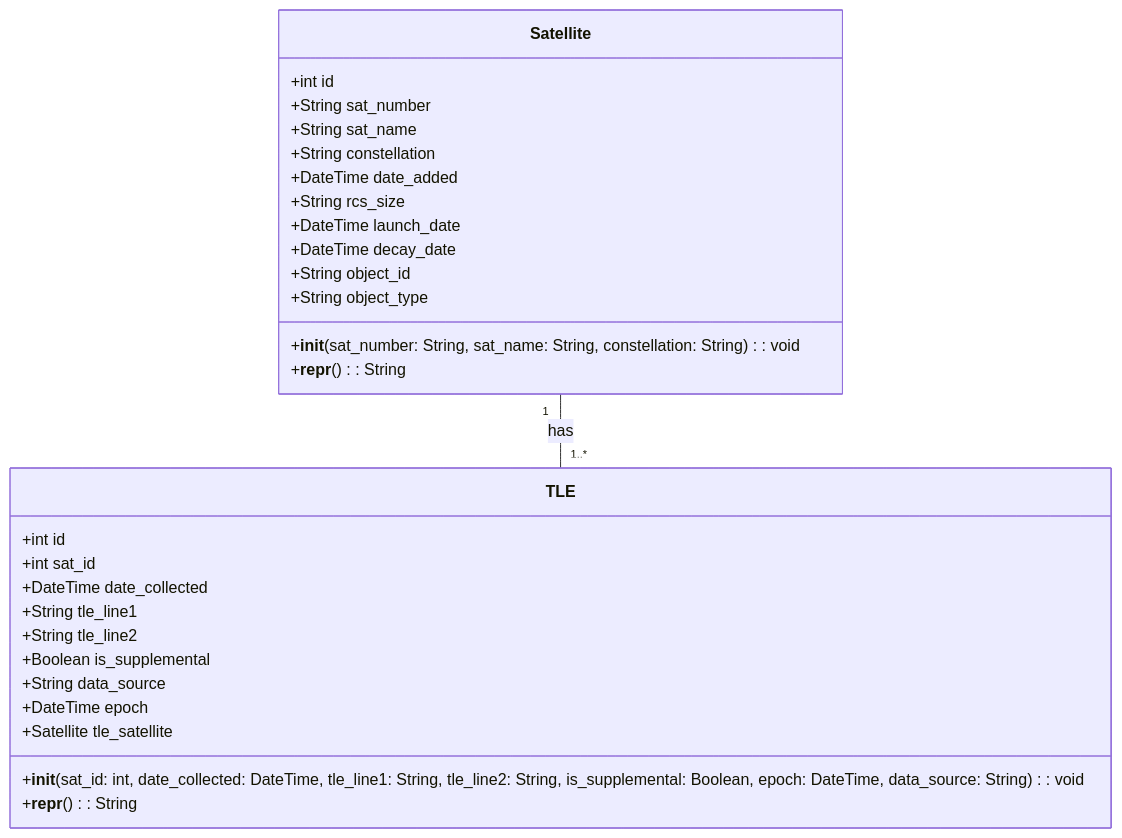
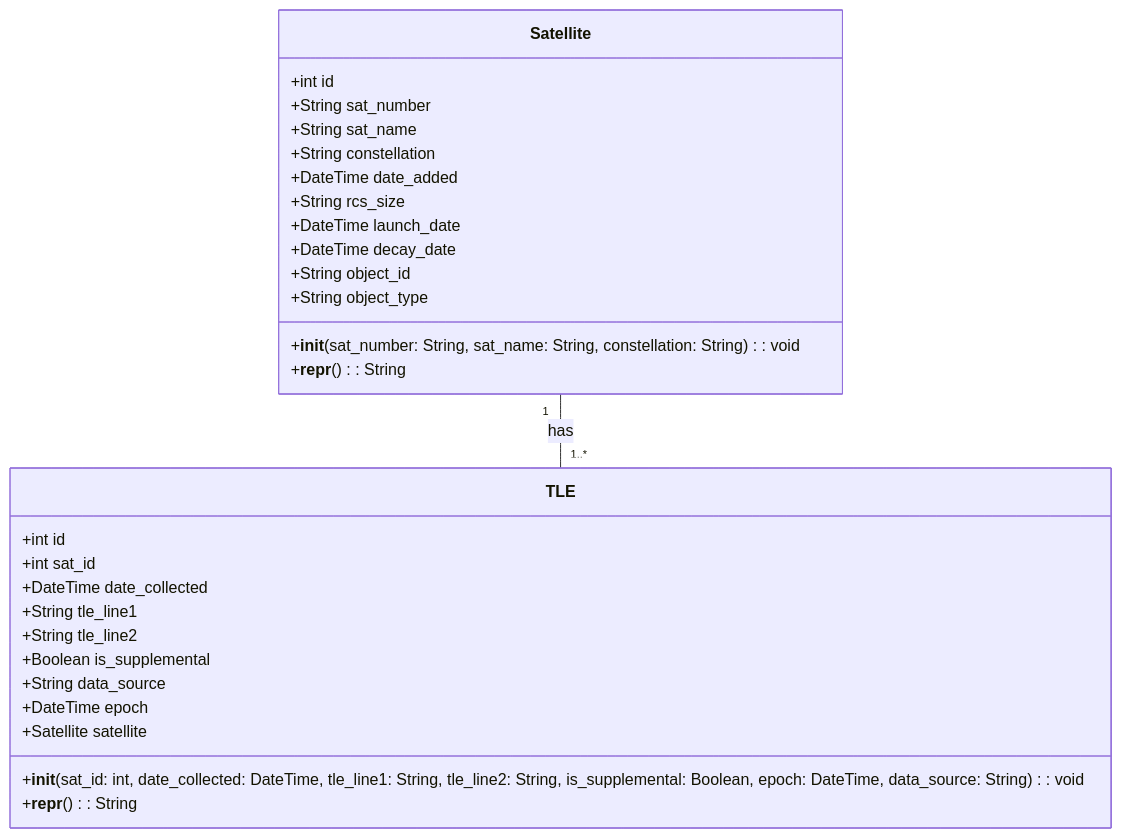
One commit to iausathub/satchecker changed the diagram in setup/class_diagram.md. Above: the diagram before and after it, drawn with Mermaid. The commit also changed 15 other files, not shown here.

Commit message:
Rename tle_satellite to satellite in TLE model; tests for validation service; initial tests for ephemeris routes; add original exception message to ValidationError; namespace changes to get API running

````diff
--- a/setup/class_diagram.md
+++ b/setup/class_diagram.md
@@ -1,31 +1,31 @@
 ```mermaid
 classDiagram
     class Satellite {
         +int id
         +String sat_number
         +String sat_name
         +String constellation
         +DateTime date_added
         +String rcs_size
         +DateTime launch_date
         +DateTime decay_date
         +String object_id
         +String object_type
         +__init__(sat_number: String, sat_name: String, constellation: String): void
         +__repr__(): String
     }
     class TLE {
         +int id
         +int sat_id
         +DateTime date_collected
         +String tle_line1
         +String tle_line2
         +Boolean is_supplemental
         +String data_source
         +DateTime epoch
-        +Satellite tle_satellite
+        +Satellite satellite
         +__init__(sat_id: int, date_collected: DateTime, tle_line1: String, tle_line2: String, is_supplemental: Boolean, epoch: DateTime, data_source: String): void
         +__repr__(): String
     }
     Satellite "1" -- "1..*" TLE : has
 ```
````
